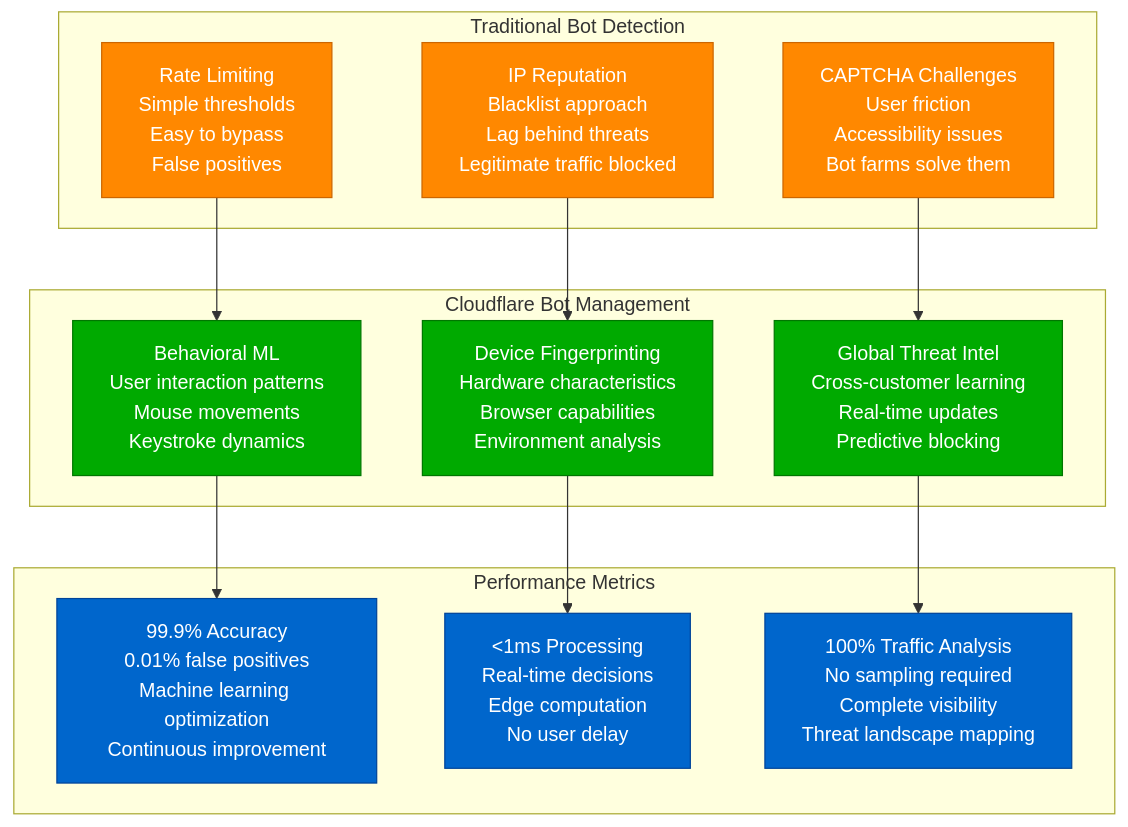
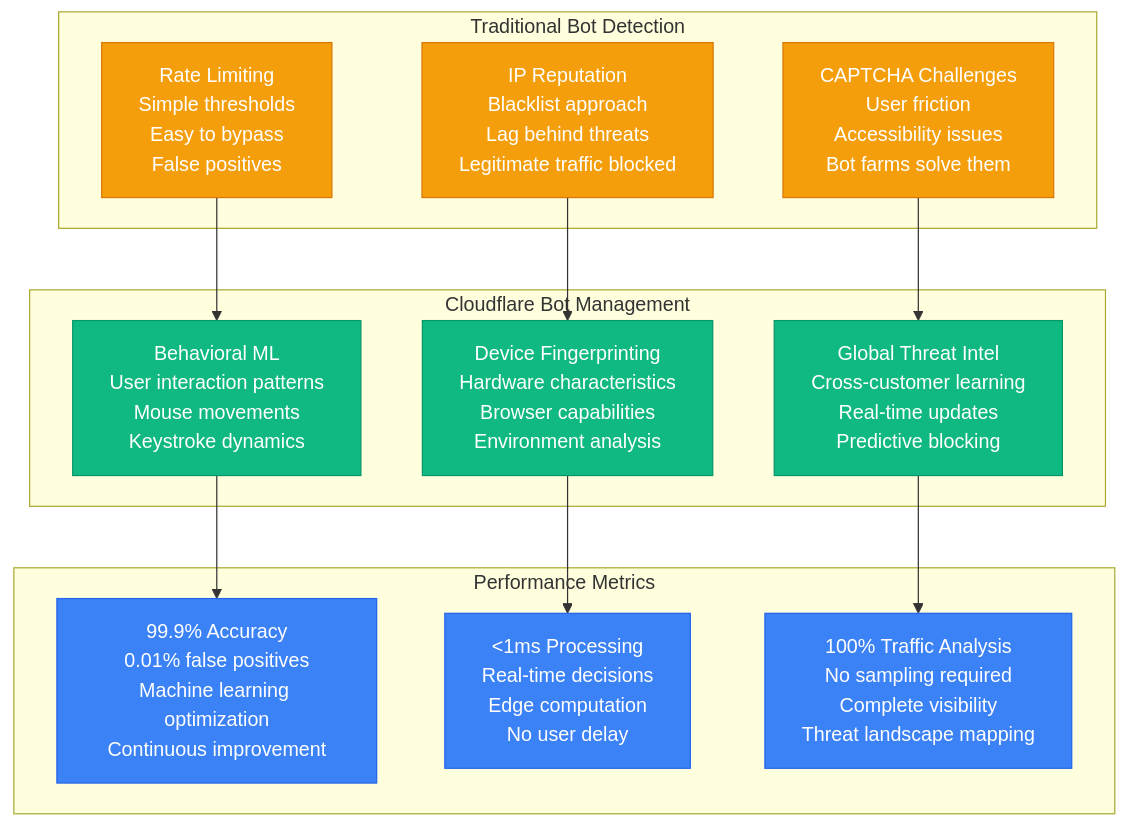
Before and after one commit to deepaucksharma/DS: the sixth of 8 diagrams in site/docs/systems/cloudflare/novel-solutions.md, drawn with Mermaid. The commit also changed other lines of this file and 303 other files, not shown here.

````diff
--- a/site/docs/systems/cloudflare/novel-solutions.md
+++ b/site/docs/systems/cloudflare/novel-solutions.md
@@ -283,38 +283,38 @@
 ```mermaid
 graph TB
     subgraph "Traditional Bot Detection"
         RATE_LIMITING[Rate Limiting<br/>Simple thresholds<br/>Easy to bypass<br/>False positives]
         IP_REPUTATION[IP Reputation<br/>Blacklist approach<br/>Lag behind threats<br/>Legitimate traffic blocked]
         CAPTCHA[CAPTCHA Challenges<br/>User friction<br/>Accessibility issues<br/>Bot farms solve them]
     end
 
     subgraph "Cloudflare Bot Management"
         BEHAVIORAL_ML[Behavioral ML<br/>User interaction patterns<br/>Mouse movements<br/>Keystroke dynamics]
         DEVICE_SIGNALS[Device Fingerprinting<br/>Hardware characteristics<br/>Browser capabilities<br/>Environment analysis]
         THREAT_CORRELATION[Global Threat Intel<br/>Cross-customer learning<br/>Real-time updates<br/>Predictive blocking]
     end
 
     %% Evolution from traditional to AI
     RATE_LIMITING --> BEHAVIORAL_ML
     IP_REPUTATION --> DEVICE_SIGNALS
     CAPTCHA --> THREAT_CORRELATION
 
     subgraph "Performance Metrics"
         ACCURACY[99.9% Accuracy<br/>0.01% false positives<br/>Machine learning optimization<br/>Continuous improvement]
         LATENCY[<1ms Processing<br/>Real-time decisions<br/>Edge computation<br/>No user delay]
         COVERAGE[100% Traffic Analysis<br/>No sampling required<br/>Complete visibility<br/>Threat landscape mapping]
     end
 
     BEHAVIORAL_ML --> ACCURACY
     DEVICE_SIGNALS --> LATENCY
     THREAT_CORRELATION --> COVERAGE
 
     %% Apply detection colors
-    classDef traditionalStyle fill:#FF8800,stroke:#CC6600,color:#fff
-    classDef aiStyle fill:#00AA00,stroke:#007700,color:#fff
-    classDef performanceStyle fill:#0066CC,stroke:#004499,color:#fff
+    classDef traditionalStyle fill:#F59E0B,stroke:#D97706,color:#fff
+    classDef aiStyle fill:#10B981,stroke:#059669,color:#fff
+    classDef performanceStyle fill:#3B82F6,stroke:#2563EB,color:#fff
 
     class RATE_LIMITING,IP_REPUTATION,CAPTCHA traditionalStyle
     class BEHAVIORAL_ML,DEVICE_SIGNALS,THREAT_CORRELATION aiStyle
     class ACCURACY,LATENCY,COVERAGE performanceStyle
 ```
````
